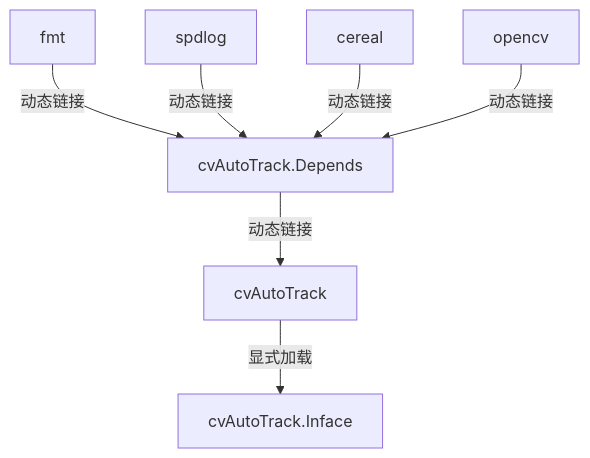
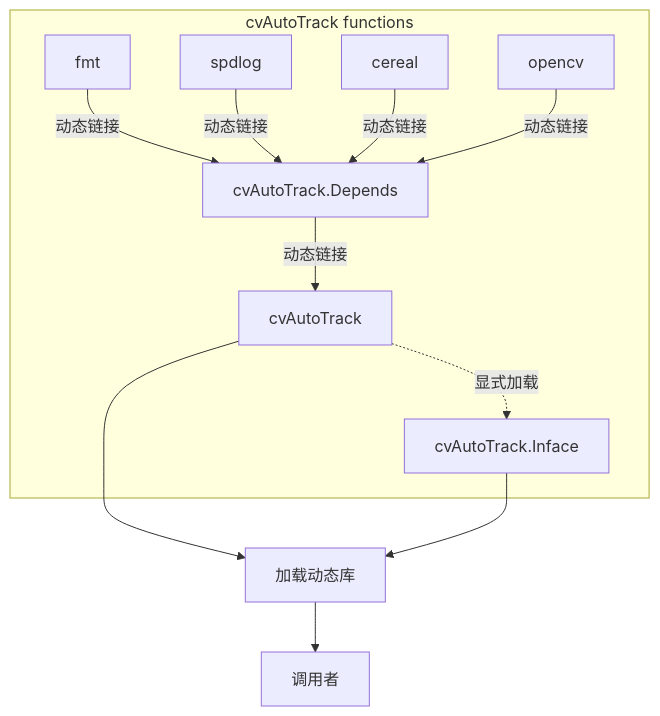
One commit to GengGode/cvAutoTrack.Inface changed the diagram in README.md. Above: the diagram before and after it, drawn with Mermaid.

Commit message:
update:readme

````diff
--- a/README.md
+++ b/README.md
@@ -4,9 +4,14 @@
 ```mermaid
 flowchart TD
-    Base[cvAutoTrack] -->| 显式加载 | Inface[cvAutoTrack.Inface]
-    Deps[cvAutoTrack.Depends] -->| 动态链接 | Base
-    fmt -->| 动态链接 | Deps
-    spdlog -->| 动态链接 | Deps
-    cereal -->| 动态链接 | Deps
-    opencv -->| 动态链接 | Deps
+    subgraph cvAutoTrack functions
+        Base[cvAutoTrack] -.->| 显式加载 | Inface[cvAutoTrack.Inface]
+        Deps[cvAutoTrack.Depends] -->| 动态链接 | Base
+        fmt -->| 动态链接 | Deps
+        spdlog -->| 动态链接 | Deps
+        cereal -->| 动态链接 | Deps
+        opencv -->| 动态链接 | Deps
+    end
+    Base -->   load[加载动态库]
+    Inface --> load[加载动态库]
+    load --> world[调用者]
 ```
````
